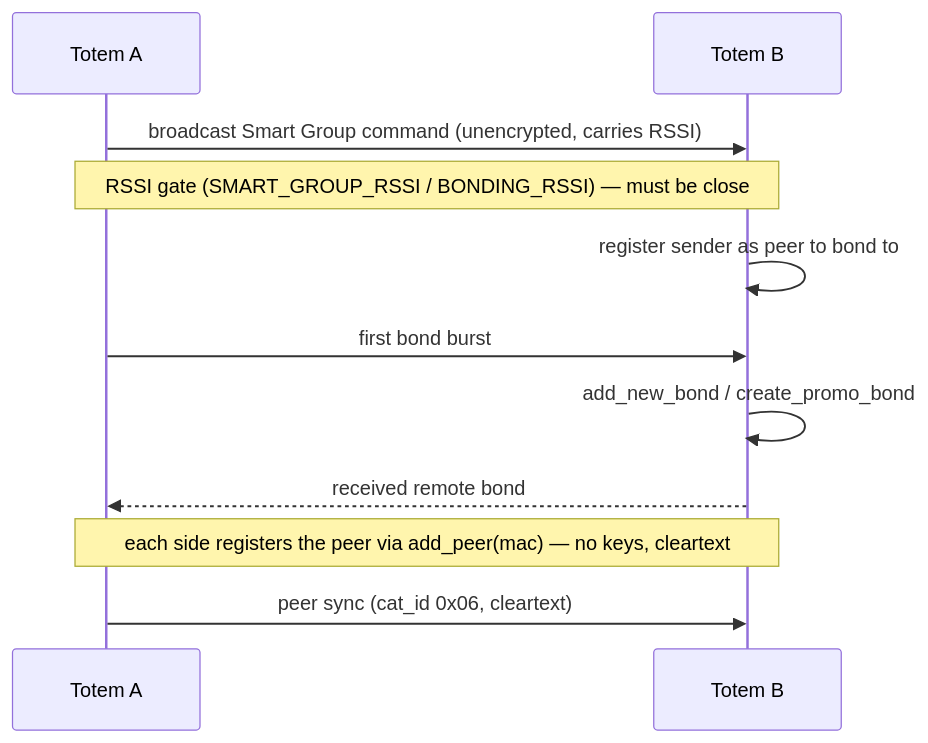
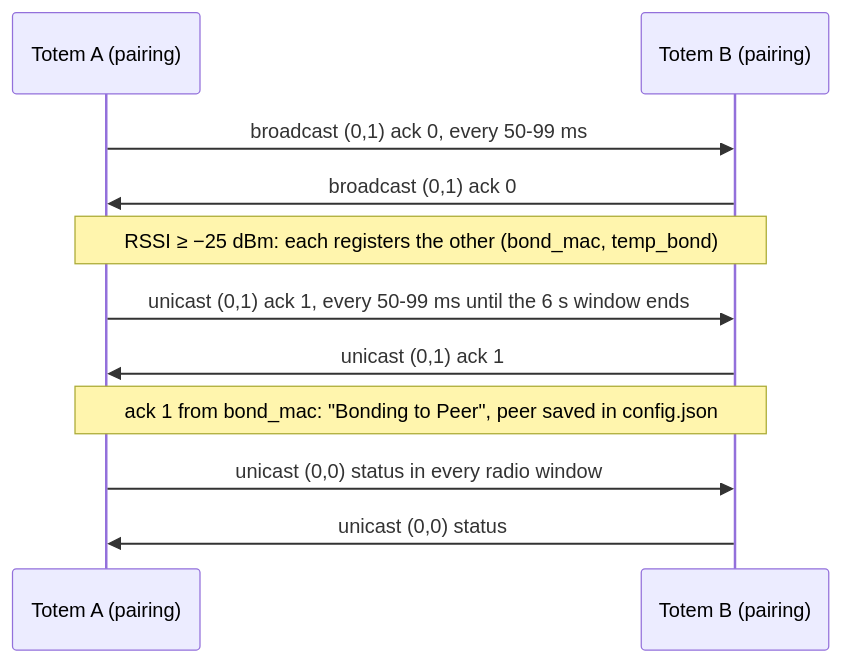
One commit to ljagiello/totem-compass changed the diagram in docs/protocols/espnow-mesh.mdx. Above: the diagram before and after it, drawn with Mermaid. The commit also changed other lines of this file and 103 other files, not shown here.

````diff
--- a/docs/protocols/espnow-mesh.mdx
+++ b/docs/protocols/espnow-mesh.mdx
@@ -133,13 +175,13 @@
 ```mermaid
 sequenceDiagram
-  participant A as Totem A
-  participant B as Totem B
-  A->>B: broadcast Smart Group command (unencrypted, carries RSSI)
-  Note over A,B: RSSI gate (SMART_GROUP_RSSI / BONDING_RSSI) — must be close
-  B->>B: register sender as peer to bond to
-  A->>B: first bond burst
-  B->>B: add_new_bond / create_promo_bond
-  B-->>A: received remote bond
-  Note over A,B: each side registers the peer via add_peer(mac) — no keys, cleartext
-  A->>B: peer sync (cat_id 0x06, cleartext)
+  participant A as Totem A (pairing)
+  participant B as Totem B (pairing)
+  A->>B: broadcast (0,1) ack 0, every 50-99 ms
+  B->>A: broadcast (0,1) ack 0
+  Note over A,B: RSSI ≥ −25 dBm: each registers the other (bond_mac, temp_bond)
+  A->>B: unicast (0,1) ack 1, every 50-99 ms until the 6 s window ends
+  B->>A: unicast (0,1) ack 1
+  Note over A,B: ack 1 from bond_mac: "Bonding to Peer", peer saved in config.json
+  A->>B: unicast (0,0) status in every radio window
+  B->>A: unicast (0,0) status
 ```
````
